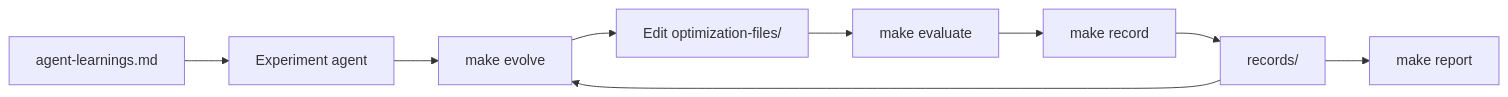
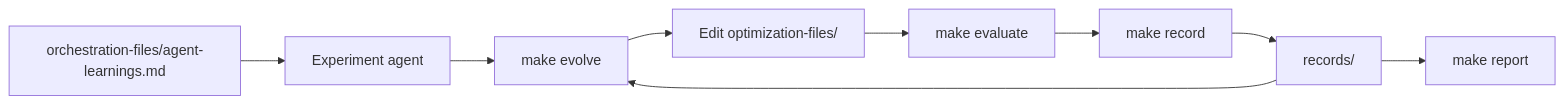
The diagram in README.md (Aksth070600/autoresearch-acts-seeding), drawn with Mermaid before and after one commit. The commit also changed other lines of this file and 22 other files, not shown here.

````diff
--- a/README.md
+++ b/README.md
@@ -14,11 +14,11 @@
 ```mermaid
 flowchart LR
     A[Experiment agent] --> B[make evolve]
     B --> C[Edit optimization-files/]
     C --> D[make evaluate]
     D --> E[make record]
     E --> F[records/]
     F --> B
     F --> G[make report]
-    H[agent-learnings.md] --> A
+    H[orchestration-files/agent-learnings.md] --> A
 ```
````
